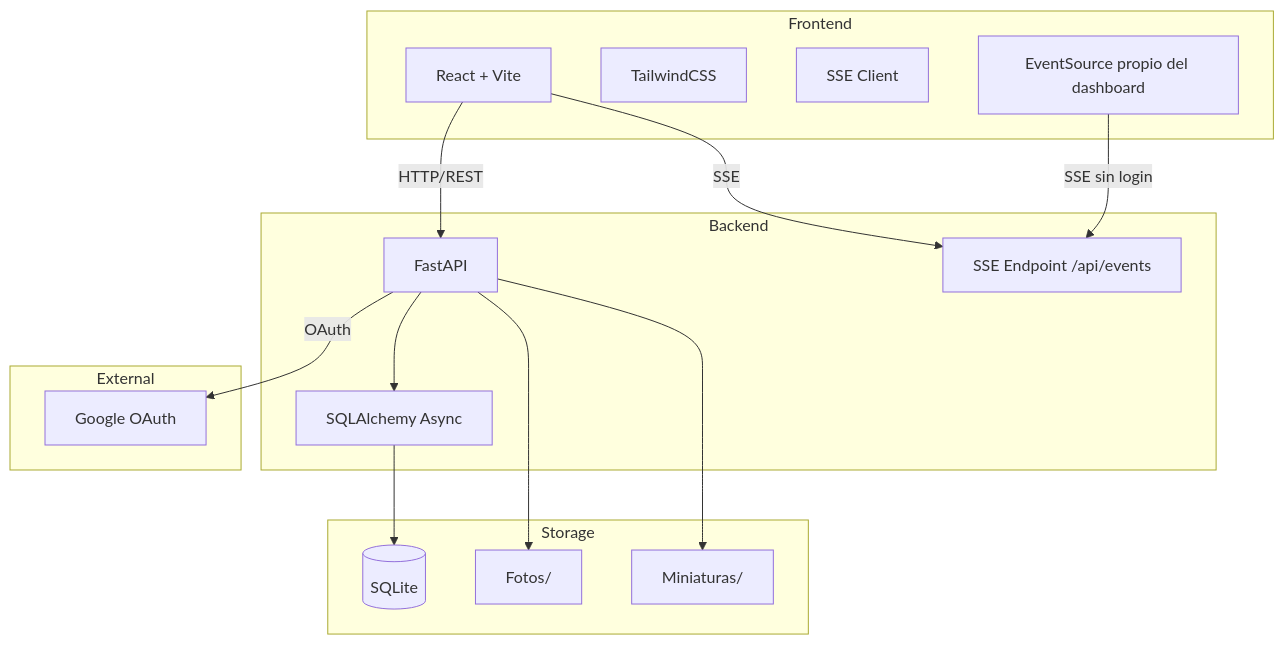
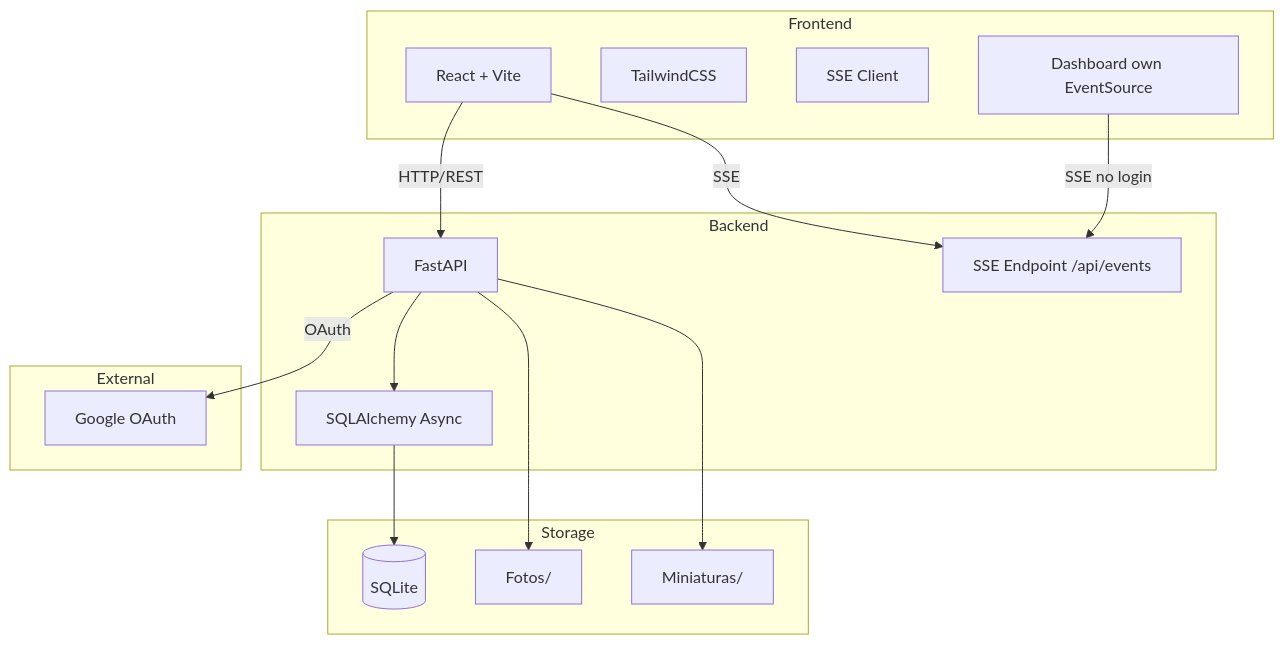
The first of 12 diagrams in README.md (juniornff/wedding-photo-manager), drawn with Mermaid before and after one commit. The commit also changed other lines of this file and 10 other files, not shown here.

````diff
--- a/README.md
+++ b/README.md
@@ -25,34 +166,34 @@
 ```mermaid
 graph TB
     subgraph Frontend
         REACT[React + Vite]
         TAILWIND[TailwindCSS]
         SSE[SSE Client]
-        EVENT_SRC[EventSource propio del dashboard]
+        EVENT_SRC[Dashboard own EventSource]
     end
 
     subgraph Backend
         FASTAPI[FastAPI]
         SQLA[SQLAlchemy Async]
         SSE_SRV[SSE Endpoint /api/events]
     end
 
     subgraph Storage
         DB[(SQLite)]
         FS_SRC[Fotos/]
         FS_THUMB[Miniaturas/]
     end
 
     subgraph External
         GOOGLE[Google OAuth]
     end
 
     REACT -->|HTTP/REST| FASTAPI
     REACT -->|SSE| SSE_SRV
-    EVENT_SRC -->|SSE sin login| SSE_SRV
+    EVENT_SRC -->|SSE no login| SSE_SRV
     FASTAPI --> SQLA
     SQLA --> DB
     FASTAPI --> FS_SRC
     FASTAPI --> FS_THUMB
     FASTAPI -->|OAuth| GOOGLE
 ```
````
